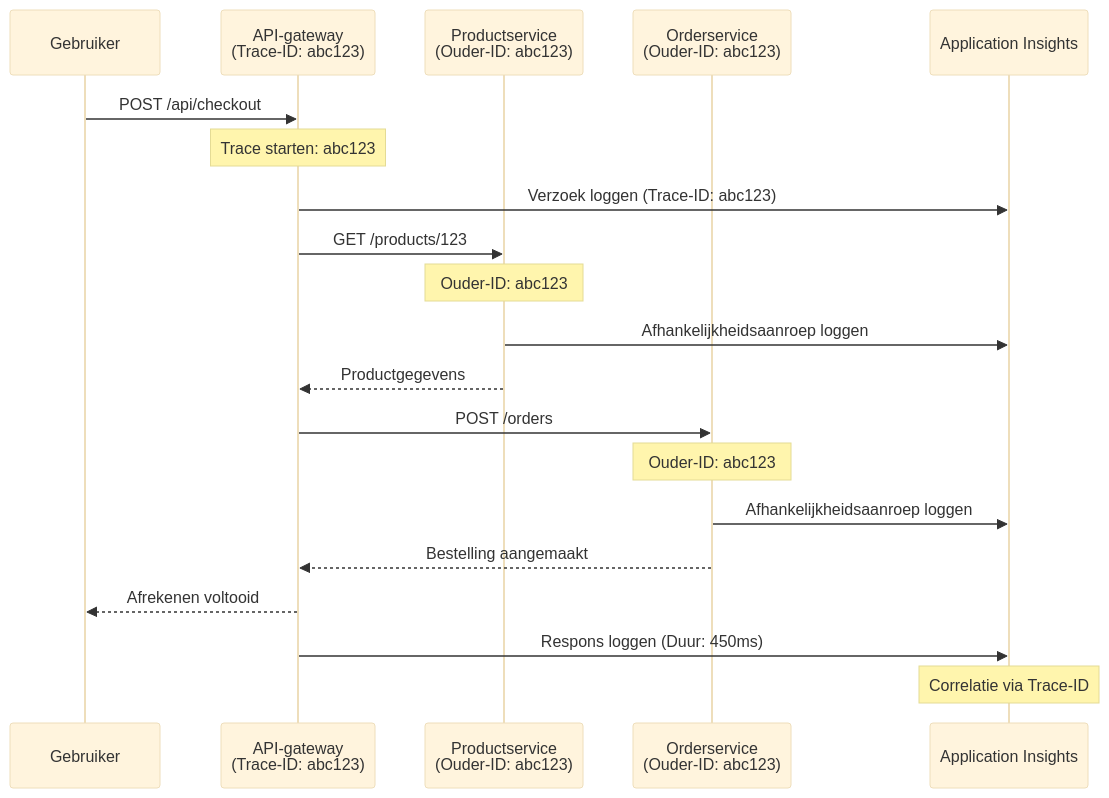
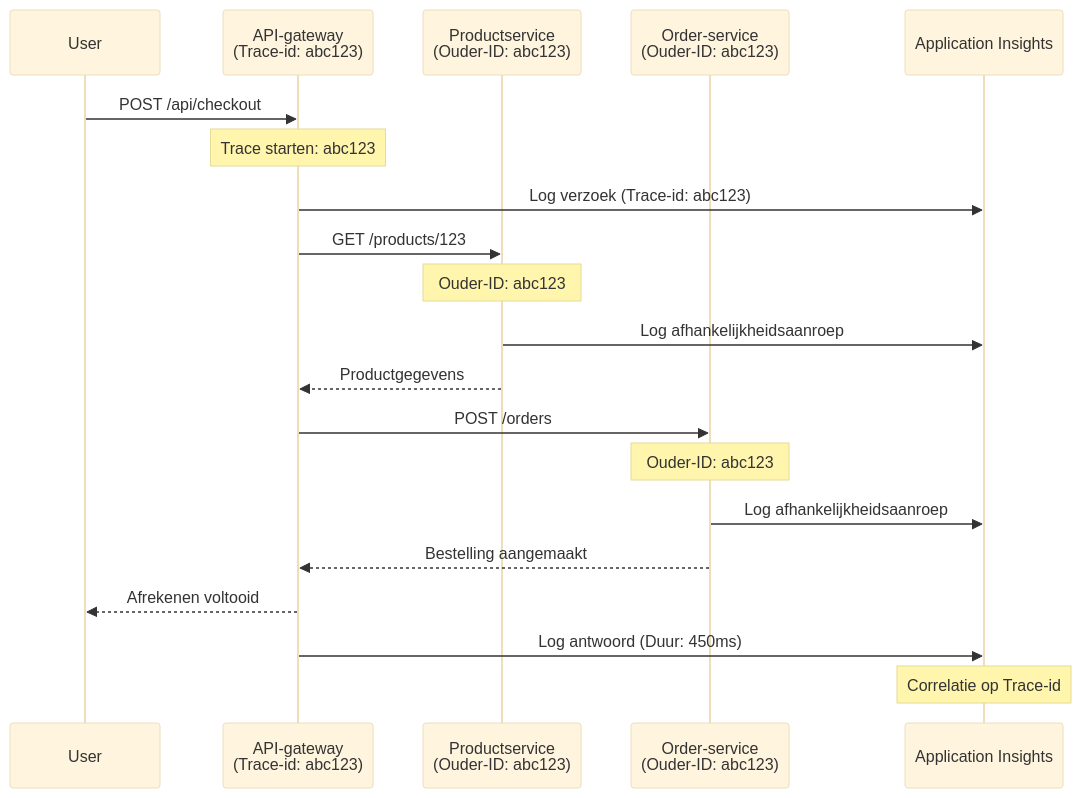
Before and after one commit to microsoft/AZD-for-beginners: the second of 2 diagrams in translations/nl/docs/chapter-06-pre-deployment/application-insights.md, drawn with Mermaid (base theme). The commit also changed other lines of this file and 101 other files, not shown here.

````diff
--- a/translations/nl/docs/chapter-06-pre-deployment/application-insights.md
+++ b/translations/nl/docs/chapter-06-pre-deployment/application-insights.md
@@ -744,27 +744,27 @@
 ```mermaid
 sequenceDiagram
-    participant User as Gebruiker
-    participant Gateway as API-gateway<br/>(Trace-ID: abc123)
+    participant User
+    participant Gateway as API-gateway<br/>(Trace-id: abc123)
     participant Product as Productservice<br/>(Ouder-ID: abc123)
-    participant Order as Orderservice<br/>(Ouder-ID: abc123)
+    participant Order as Order-service<br/>(Ouder-ID: abc123)
     participant AppInsights as Application Insights
     
     User->>Gateway: POST /api/checkout
     Note over Gateway: Trace starten: abc123
-    Gateway->>AppInsights: Verzoek loggen (Trace-ID: abc123)
+    Gateway->>AppInsights: Log verzoek (Trace-id: abc123)
     
     Gateway->>Product: GET /products/123
     Note over Product: Ouder-ID: abc123
-    Product->>AppInsights: Afhankelijkheidsaanroep loggen
+    Product->>AppInsights: Log afhankelijkheidsaanroep
     Product-->>Gateway: Productgegevens
     
     Gateway->>Order: POST /orders
     Note over Order: Ouder-ID: abc123
-    Order->>AppInsights: Afhankelijkheidsaanroep loggen
+    Order->>AppInsights: Log afhankelijkheidsaanroep
     Order-->>Gateway: Bestelling aangemaakt
     
     Gateway-->>User: Afrekenen voltooid
-    Gateway->>AppInsights: Respons loggen (Duur: 450ms)
+    Gateway->>AppInsights: Log antwoord (Duur: 450ms)
     
-    Note over AppInsights: Correlatie via Trace-ID
+    Note over AppInsights: Correlatie op Trace-id
 ```
````
